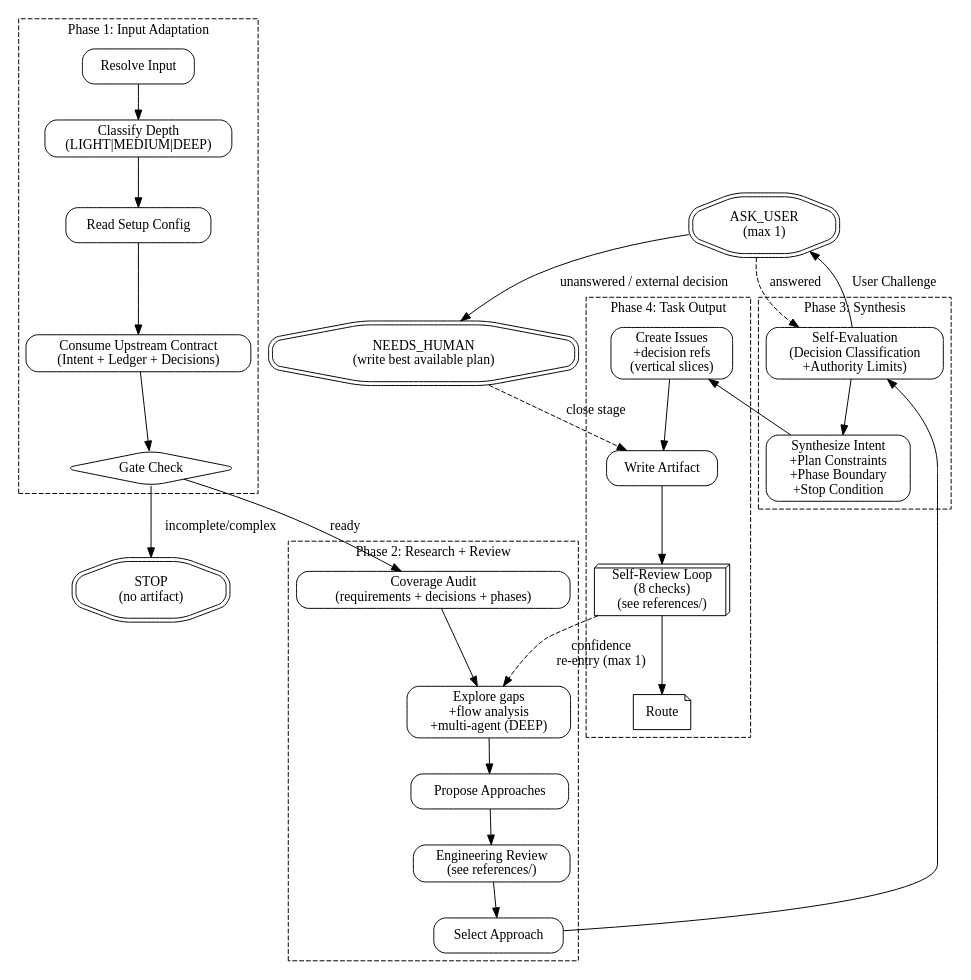
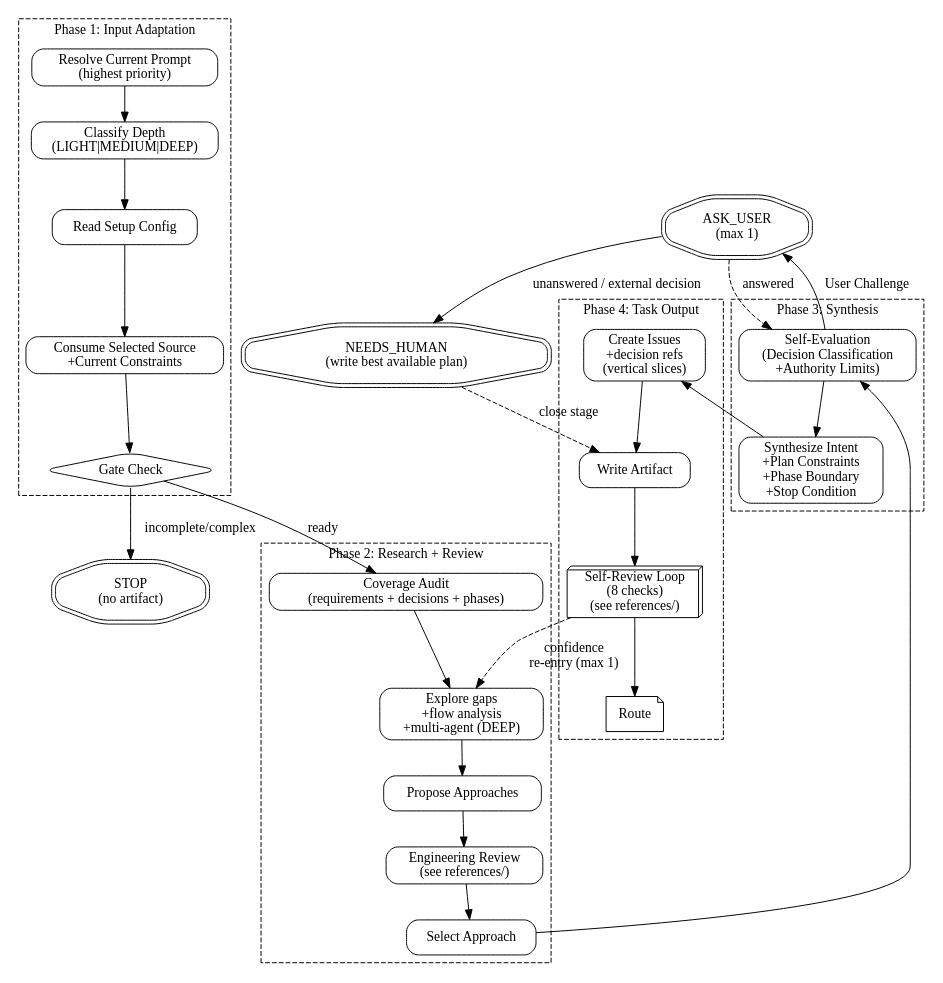
One commit to feng-y/pge changed the diagram in skills/pge-plan/SKILL.md. Above: the diagram before and after it, drawn with Graphviz. The commit also changed other lines of this file and 3 other files, not shown here.

Commit message:
Prioritize prompt constraints in PGE plan

````diff
--- a/skills/pge-plan/SKILL.md
+++ b/skills/pge-plan/SKILL.md
@@ -29,63 +29,63 @@
 ```dot
 digraph pge_plan {
   rankdir=TB;
   node [shape=box, style=rounded];
 
   subgraph cluster_phase1 {
     label="Phase 1: Input Adaptation";
     style=dashed;
-    resolve_input [label="Resolve Input"];
+    resolve_input [label="Resolve Current Prompt\n(highest priority)"];
     classify_depth [label="Classify Depth\n(LIGHT|MEDIUM|DEEP)"];
     read_config [label="Read Setup Config"];
-    consume_upstream [label="Consume Upstream Contract\n(Intent + Ledger + Decisions)"];
+    consume_upstream [label="Consume Selected Source\n+Current Constraints"];
     gate_check [label="Gate Check", shape=diamond];
     resolve_input -> classify_depth -> read_config -> consume_upstream -> gate_check;
   }
 
   gate_stop [label="STOP\n(no artifact)", shape=doubleoctagon];
   gate_check -> gate_stop [label="incomplete/complex"];
 
   subgraph cluster_phase2 {
     label="Phase 2: Research + Review";
     style=dashed;
     coverage_audit [label="Coverage Audit\n(requirements + decisions + phases)"];
     explore [label="Explore gaps\n+flow analysis\n+multi-agent (DEEP)"];
     propose [label="Propose Approaches"];
     eng_review [label="Engineering Review\n(see references/)"];
     select_approach [label="Select Approach"];
     coverage_audit -> explore -> propose -> eng_review -> select_approach;
   }
 
   gate_check -> coverage_audit [label="ready"];
 
   subgraph cluster_phase3 {
     label="Phase 3: Synthesis";
     style=dashed;
     self_eval [label="Self-Evaluation\n(Decision Classification\n+Authority Limits)"];
     synthesize [label="Synthesize Intent\n+Plan Constraints\n+Phase Boundary\n+Stop Condition"];
     self_eval -> synthesize;
   }
 
   authority_ask [label="ASK_USER\n(max 1)", shape=doubleoctagon];
   needs_human [label="NEEDS_HUMAN\n(write best available plan)", shape=doubleoctagon];
   self_eval -> authority_ask [label="User Challenge"];
   authority_ask -> self_eval [label="answered", style=dashed];
   authority_ask -> needs_human [label="unanswered / external decision"];
 
   select_approach -> self_eval;
 
   subgraph cluster_phase4 {
     label="Phase 4: Task Output";
     style=dashed;
     create_issues [label="Create Issues\n+decision refs\n(vertical slices)"];
     write_artifact [label="Write Artifact"];
     self_review [label="Self-Review Loop\n(8 checks)\n(see references/)", shape=box3d];
     route [label="Route", shape=note];
     create_issues -> write_artifact -> self_review -> route;
   }
 
   synthesize -> create_issues;
   needs_human -> write_artifact [label="close stage", style=dashed];
   self_review -> explore [label="confidence\nre-entry (max 1)", style=dashed];
 }
 ```
````
